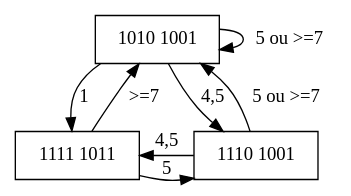
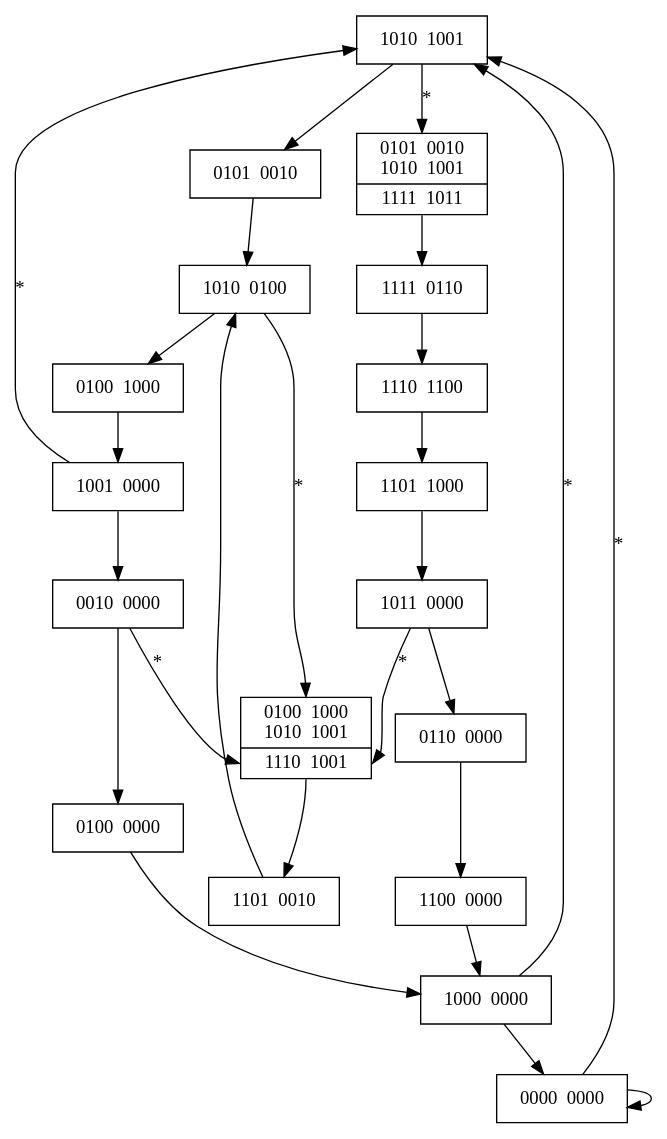
Before and after one commit to Sholde/Graph: the diagram in test.dot, drawn with Graphviz. The commit also changed 4 other files, not shown here.

Commit message:
full graph

```diff
--- a/test.dot
+++ b/test.dot
@@ -1,24 +1,53 @@
 digraph G {
-    node [shape = box];
 
-    {
-        rank = same;
-        struct1 [label="1010&#92; 1001"];
-    }
+    node [shape = record];
 
-    {
-        rank = same;
-        struct2 [label="1111&#92; 1011"];
-        struct3 [label="1110&#92; 1001"];
-    }
+    root0 [label="1010 &#92; 1001"];
+    root1 [label="0101 &#92; 0010"];
+    root2 [label="1010 &#92; 0100"];
+    root3 [label="0100 &#92; 1000"];
+    root4 [label="1001 &#92; 0000"];
+    root5 [label="0010 &#92; 0000"];
+    root6 [label="0100 &#92; 0000"];
+    root7 [label="1000 &#92; 0000"];
+    root8 [label="0000 &#92; 0000"];
 
-    struct1 -> struct1[label="5 ou >=7",weight="1"];
-    struct1 -> struct2[label="1",weight="1"];
-    struct1 -> struct3[label="4,5",weight="1"];
+    root0 -> root1;
+    root1 -> root2;
+    root2 -> root3;
+    root3 -> root4;
+    root4 -> root5;
+    root4 -> root0[label="*", weight="1"];
+    root5 -> root6;
+    root6 -> root7;
+    root7 -> root8;
+    root7 -> root0[label="*", weight="1"];
+    root8 -> root8;
+    root8 -> root0[label="*", weight="1"];
 
-    struct2 -> struct3[label="5",weight="1"];
-    struct2 -> struct1[label=">=7",weight="1"];
+    fisrt1 [label="{<f0>0101 &#92; 0010&#92;n1010 &#92; 1001|<f1>1111 &#92; 1011}"];
+    first2 [label="1111 &#92; 0110"];
+    first3 [label="1110 &#92; 1100"];
+    first4 [label="1101 &#92; 1000"];
+    first5 [label="1011 &#92; 0000"];
+    first6 [label="0110 &#92; 0000"];
+    first7 [label="1100 &#92; 0000"];
 
-    struct3 -> struct1[label="5 ou >=7",weight="1"];
-    struct3 -> struct2[label="4,5",weight="1"];
+    root0 -> fisrt1:f0[label="*", weight="1"];
+    fisrt1:f1 -> first2;
+    first2 -> first3;
+    first3 -> first4;
+    first4 -> first5;
+    first5 -> first6;
+    first5 -> second1:f1[label="*", weight="1"];
+    first6 -> first7;
+    first7 -> root7;
+
+    second1 [label="{<f0>0100 &#92; 1000&#92;n1010 &#92; 1001|<f1>1110 &#92; 1001}"];
+    second2 [label="1101 &#92; 0010"];
+
+    root2 -> second1:f0[label="*", weight="1"];
+    root5 -> second1:f1[label="*", weight="1"];
+    second1:f1 -> second2;
+    second2 -> root2;
 }
```
